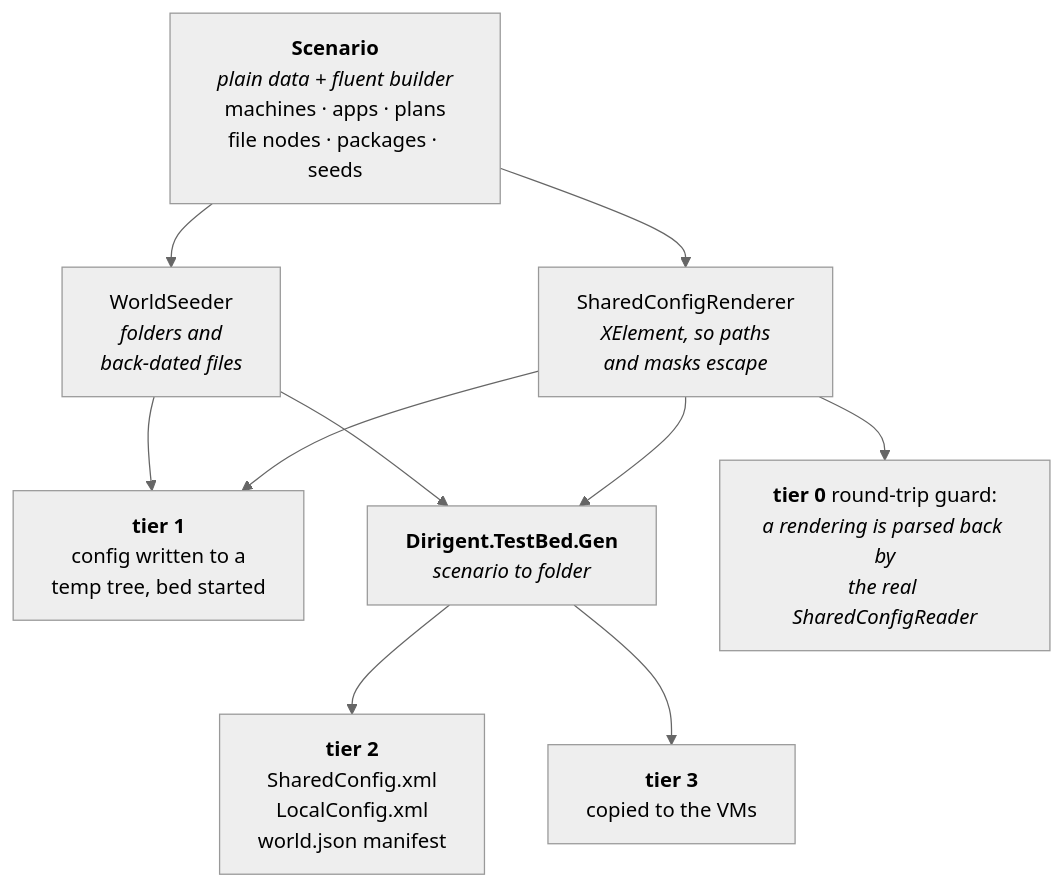
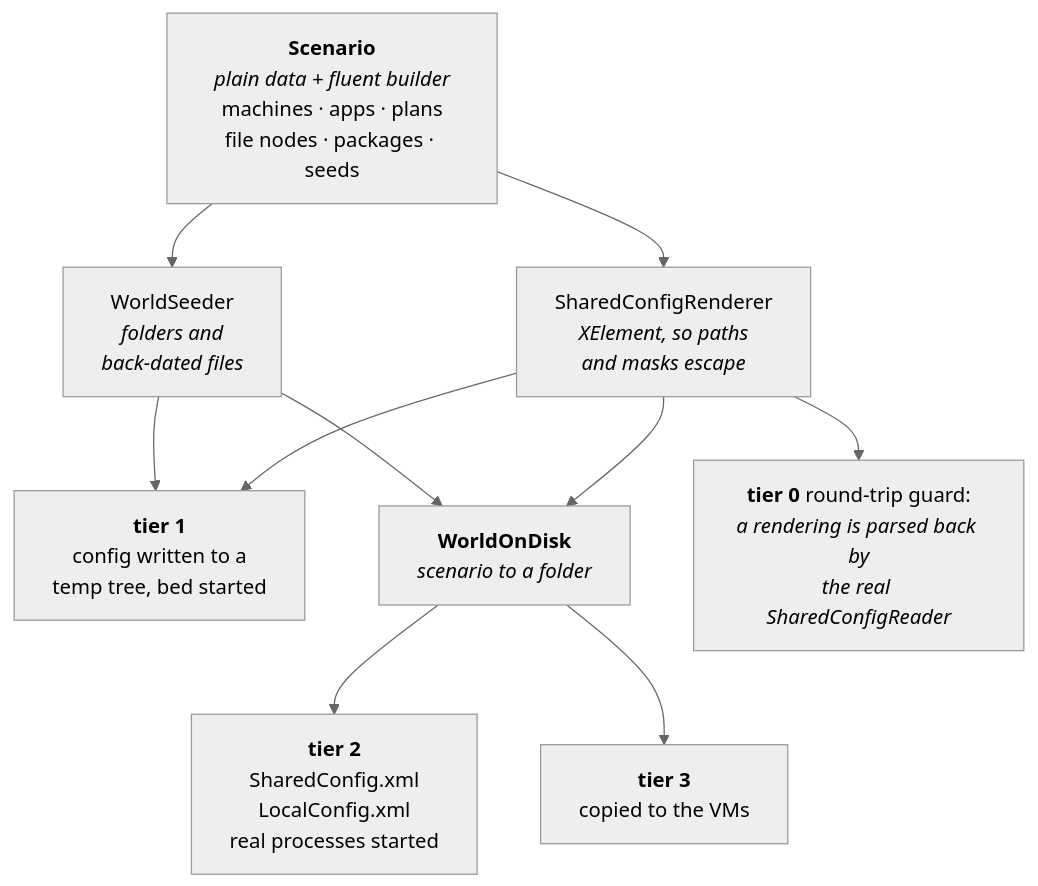
The fourth of 5 diagrams in docs/TestHarness.md (pjanec/dirigent), drawn with Mermaid (neutral theme) before and after one commit. The commit also changed other lines of this file and 17 other files, not shown here.

````diff
--- a/docs/TestHarness.md
+++ b/docs/TestHarness.md
@@ -196,17 +194,17 @@
 ```mermaid
 flowchart TB
     S["<b>Scenario</b><br/><i>plain data + fluent builder</i><br/>machines · apps · plans<br/>file nodes · packages · seeds"]
 
     S --> R1["SharedConfigRenderer<br/><i>XElement, so paths<br/>and masks escape</i>"]
     S --> R2["WorldSeeder<br/><i>folders and<br/>back-dated files</i>"]
 
     R1 --> T1["<b>tier 1</b><br/>config written to a<br/>temp tree, bed started"]
-    R1 --> GEN["<b>Dirigent.TestBed.Gen</b><br/><i>scenario to folder</i>"]
+    R1 --> GEN["<b>WorldOnDisk</b><br/><i>scenario to a folder</i>"]
     R2 --> T1
     R2 --> GEN
 
-    GEN --> T2["<b>tier 2</b><br/>SharedConfig.xml<br/>LocalConfig.xml<br/>world.json manifest"]
+    GEN --> T2["<b>tier 2</b><br/>SharedConfig.xml<br/>LocalConfig.xml<br/>real processes started"]
     GEN --> T3["<b>tier 3</b><br/>copied to the VMs"]
 
     R1 --> RT["<b>tier 0</b> round-trip guard:<br/><i>a rendering is parsed back by<br/>the real SharedConfigReader</i>"]
 ```
````
